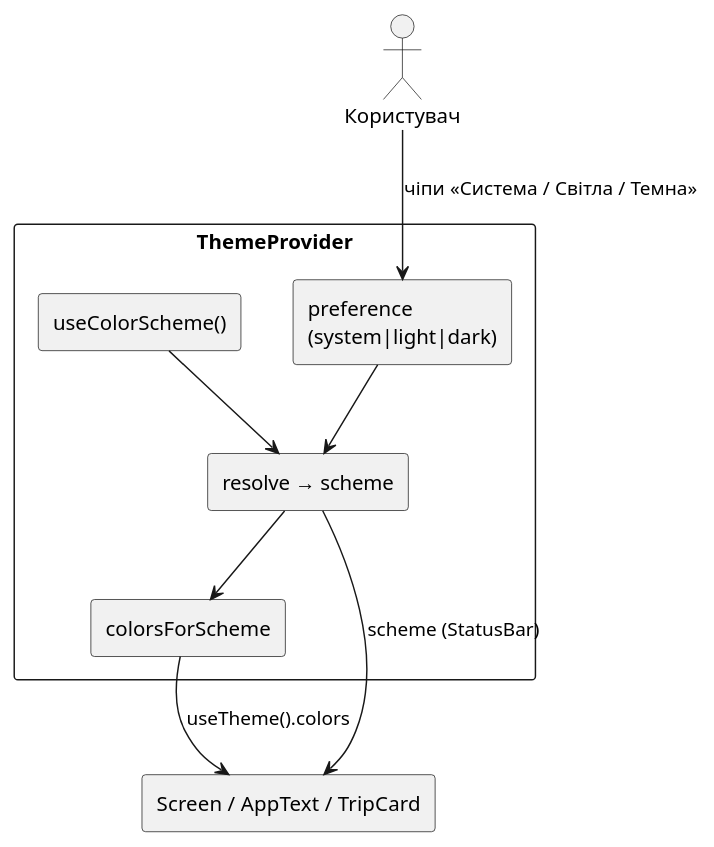
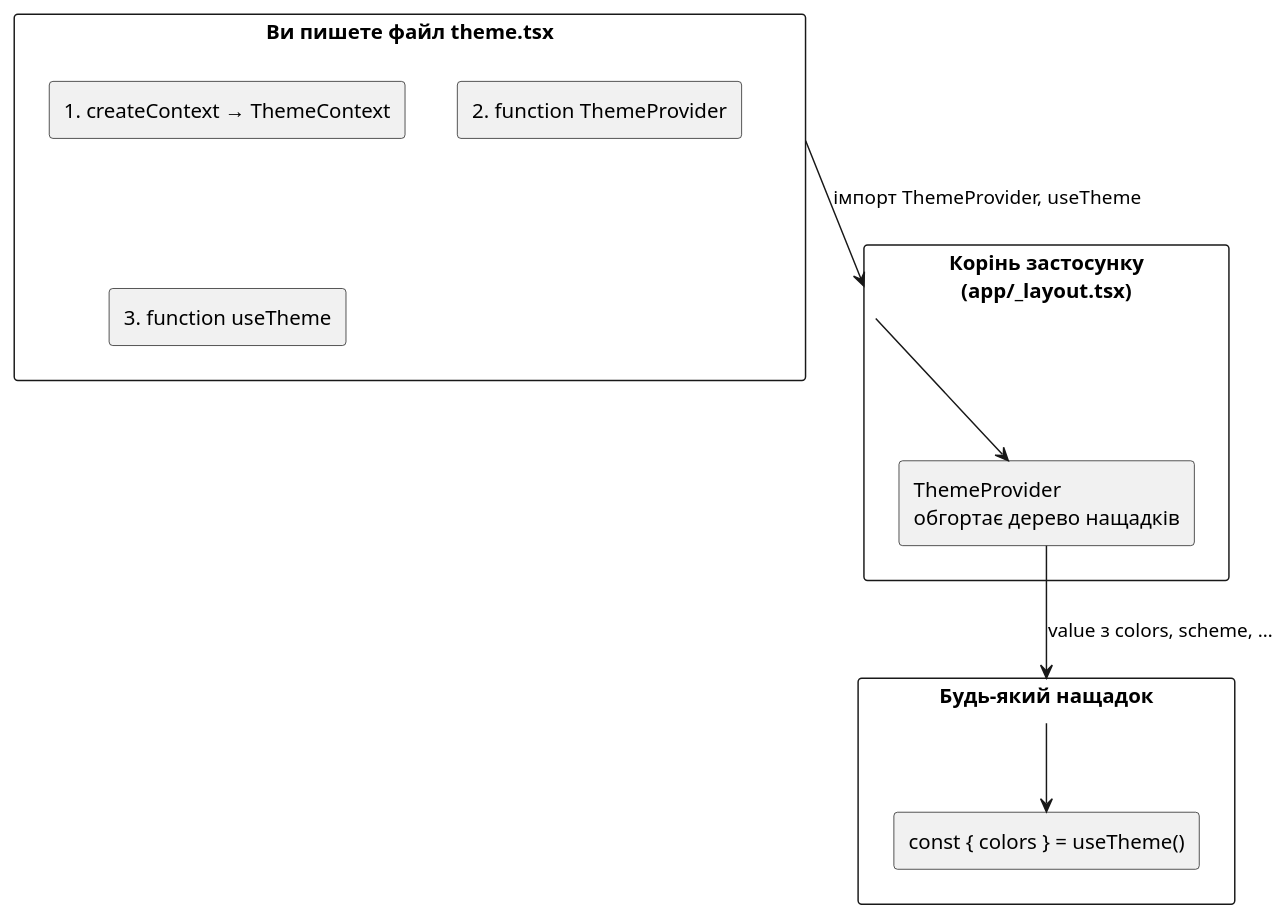
Before and after one commit to arakviel/kostyl.dev: the second of 2 diagrams in content/15.react-native/08.stylesheet-and-theming.md, drawn with PlantUML. The commit also changed other lines of this file and 61 other files, not shown here.

````diff
--- a/content/15.react-native/08.stylesheet-and-theming.md
+++ b/content/15.react-native/08.stylesheet-and-theming.md
@@ -624,23 +1288,26 @@
 ```plantuml
 @startuml
 skinparam style plain
 skinparam backgroundColor #ffffff
 
-actor "Користувач" as User
-rectangle "ThemeProvider" as TP {
-  rectangle "preference\n(system|light|dark)" as P
-  rectangle "useColorScheme()" as S
-  rectangle "resolve → scheme" as R
-  rectangle "colorsForScheme" as C
+rectangle "Ви пишете файл theme.tsx" as YOU {
+  rectangle "1. createContext → ThemeContext" as C1
+  rectangle "2. function ThemeProvider" as C2
+  rectangle "3. function useTheme" as C3
 }
-rectangle "Screen / AppText / TripCard" as UI
 
-User --> P : чіпи «Система / Світла / Темна»
-S --> R
-P --> R
-R --> C
-C --> UI : useTheme().colors
-R --> UI : scheme (StatusBar)
+rectangle "Корінь застосунку\n(app/_layout.tsx)" as ROOT {
+  rectangle "ThemeProvider\nобгортає дерево нащадків" as P
+}
+
+rectangle "Будь-який нащадок" as CHILD {
+  rectangle "const { colors } = useTheme()" as U
+}
+
+YOU --> ROOT : імпорт ThemeProvider, useTheme
+ROOT --> P
+P --> CHILD : value з colors, scheme, …
+CHILD --> U
 
 @enduml
 ```
````
